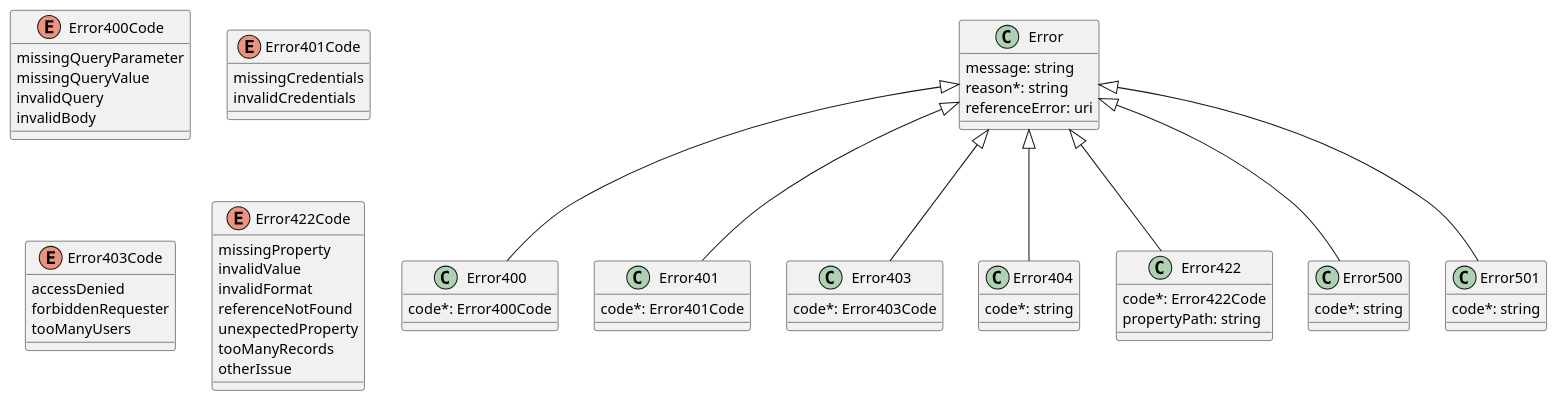
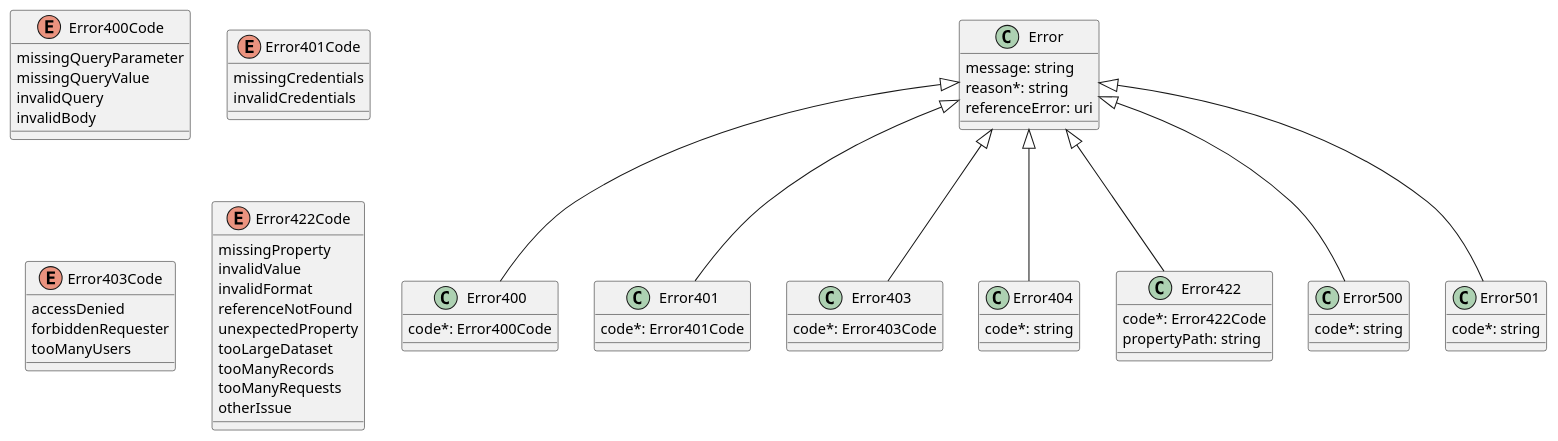
Before and after one commit to MEF-GIT/MEF-LSO-Interlude-SDK: the diagram in documentation/serviceApi/fm/media/src/errorEntities.puml, drawn with PlantUML. The commit also changed 446 other files, not shown here.

```diff
--- a/documentation/serviceApi/fm/media/src/errorEntities.puml
+++ b/documentation/serviceApi/fm/media/src/errorEntities.puml
@@ -1,92 +1,76 @@
 @startuml errorEntities
 
 class Error {
-
     message: string
     reason*: string
     referenceError: uri
 }
 
-
-
 class Error400 {
-
     code*: Error400Code
 }
 Error <|-- Error400
 
-
-
 enum Error400Code {
-
     missingQueryParameter
     missingQueryValue
     invalidQuery
     invalidBody
 }
+
 class Error401 {
-
     code*: Error401Code
 }
 Error <|-- Error401
 
-
-
 enum Error401Code {
-
     missingCredentials
     invalidCredentials
 }
+
 class Error403 {
-
     code*: Error403Code
 }
 Error <|-- Error403
 
-
-
 enum Error403Code {
-
     accessDenied
     forbiddenRequester
     tooManyUsers
 }
+
 class Error404 {
-
     code*: string
 }
 Error <|-- Error404
 
 class Error422 {
-
     code*: Error422Code
     propertyPath: string
 }
 Error <|-- Error422
 
-
 enum Error422Code {
-
     missingProperty
     invalidValue
     invalidFormat
     referenceNotFound
     unexpectedProperty
+    tooLargeDataset
     tooManyRecords
+    tooManyRequests
     otherIssue
 }
+
 class Error500 {
-
     code*: string
 }
+
 Error <|-- Error500
 
-
-
 class Error501 {
-
     code*: string
 }
 Error <|-- Error501
 
 @enduml
```
